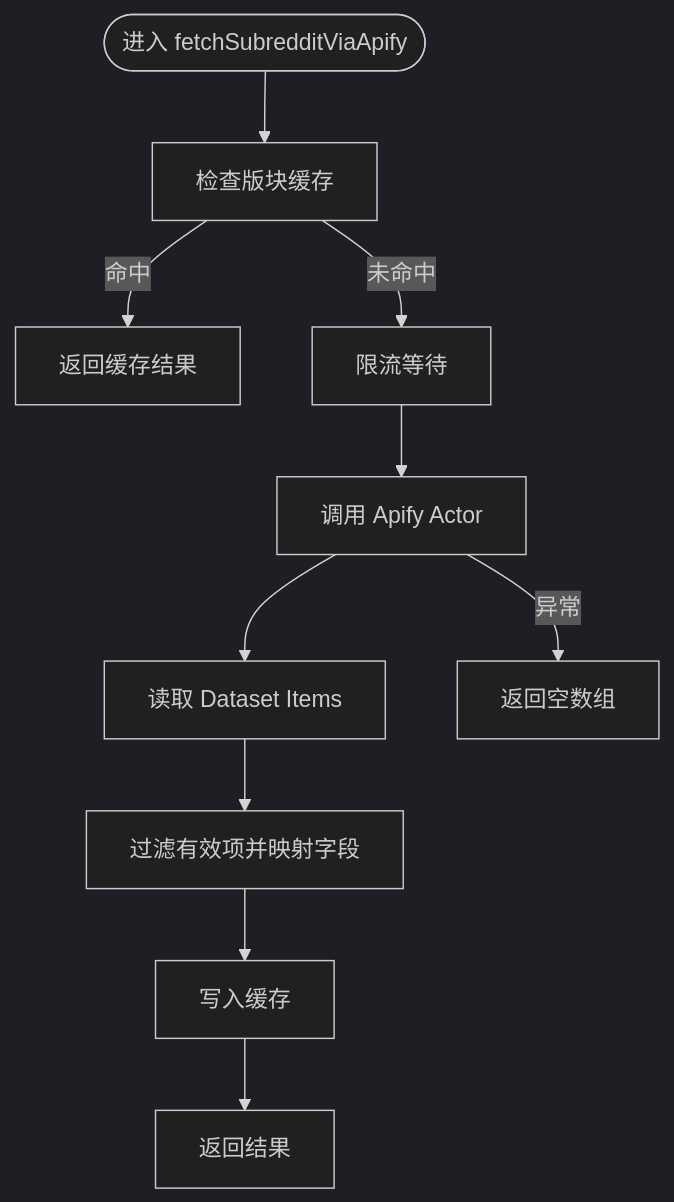
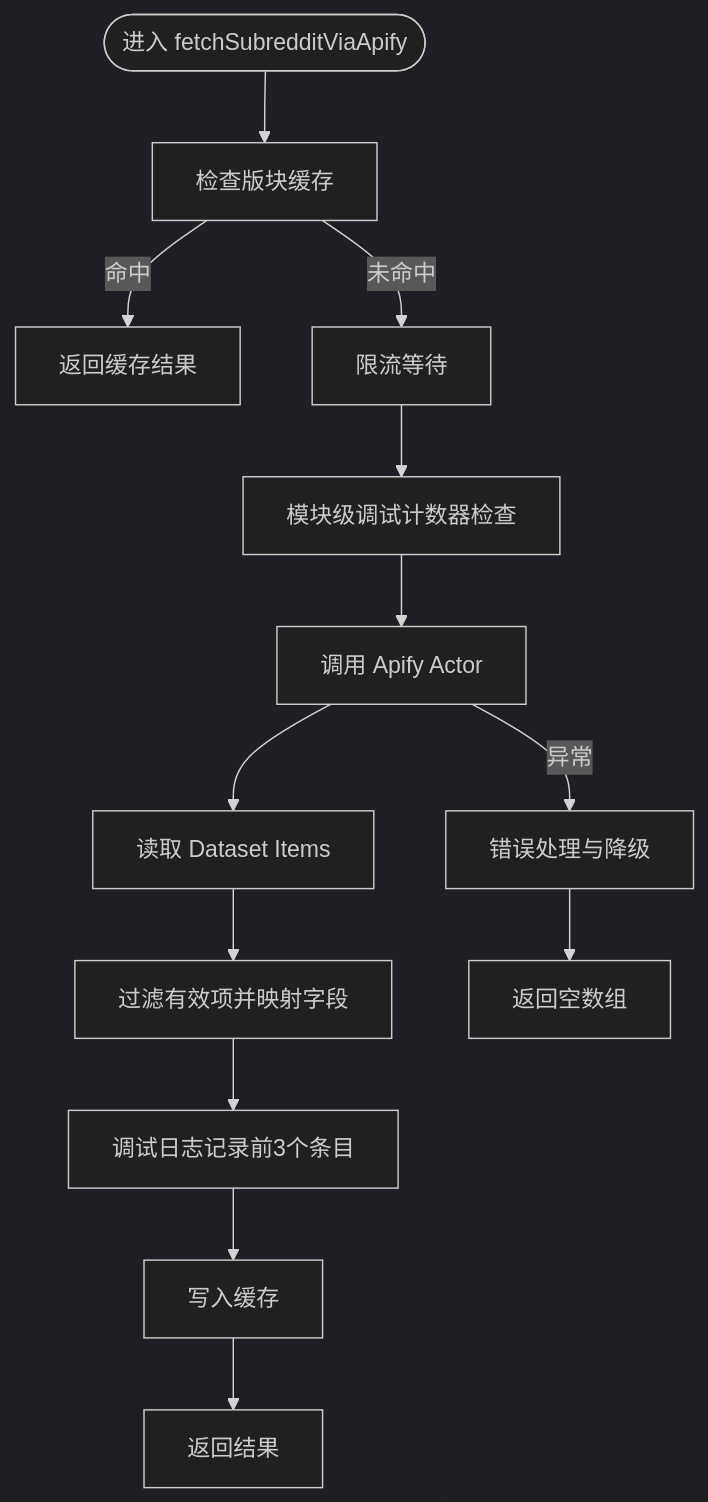
The third of 5 diagrams in .qoder/repowiki/zh/content/扩展开发/第三方平台集成.md (zezzezzez/reddit), drawn with Mermaid (dark theme) before and after one commit. The commit also changed other lines of this file and 21 other files, not shown here.

````diff
--- a/.qoder/repowiki/zh/content/扩展开发/第三方平台集成.md
+++ b/.qoder/repowiki/zh/content/扩展开发/第三方平台集成.md
@@ -160,12 +180,15 @@
 ```mermaid
 flowchart TD
 Start(["进入 fetchSubredditViaApify"]) --> CheckCache["检查版块缓存"]
 CheckCache --> |命中| ReturnCache["返回缓存结果"]
 CheckCache --> |未命中| Throttle["限流等待"]
-Throttle --> CallActor["调用 Apify Actor"]
+Throttle --> DebugCounter["模块级调试计数器检查"]
+DebugCounter --> CallActor["调用 Apify Actor"]
 CallActor --> ListItems["读取 Dataset Items"]
 ListItems --> Filter["过滤有效项并映射字段"]
-Filter --> WriteCache["写入缓存"]
+Filter --> DebugLog["调试日志记录前3个条目"]
+DebugLog --> WriteCache["写入缓存"]
 WriteCache --> ReturnResult["返回结果"]
-CallActor --> |异常| ReturnEmpty["返回空数组"]
+CallActor --> |异常| ErrorHandling["错误处理与降级"]
+ErrorHandling --> ReturnEmpty["返回空数组"]
 ```
````
